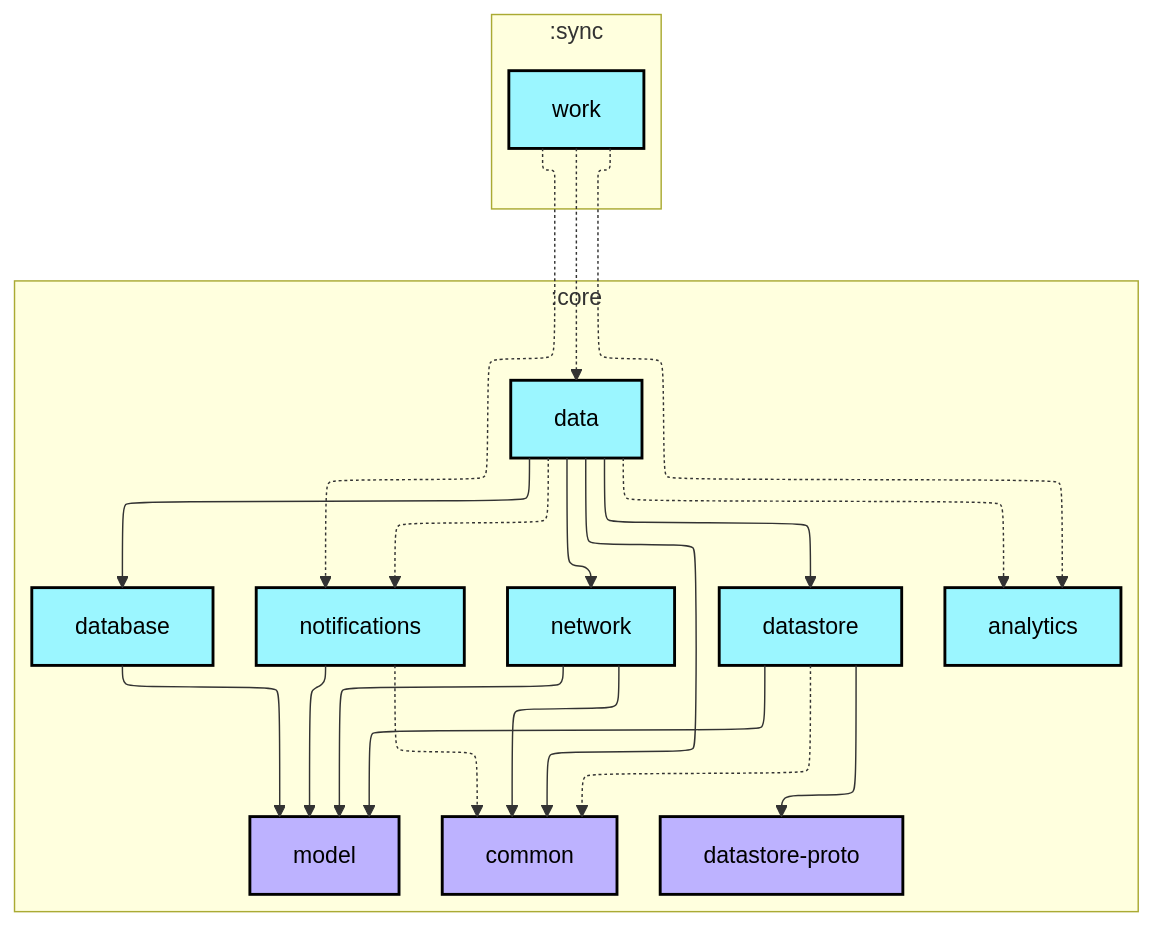
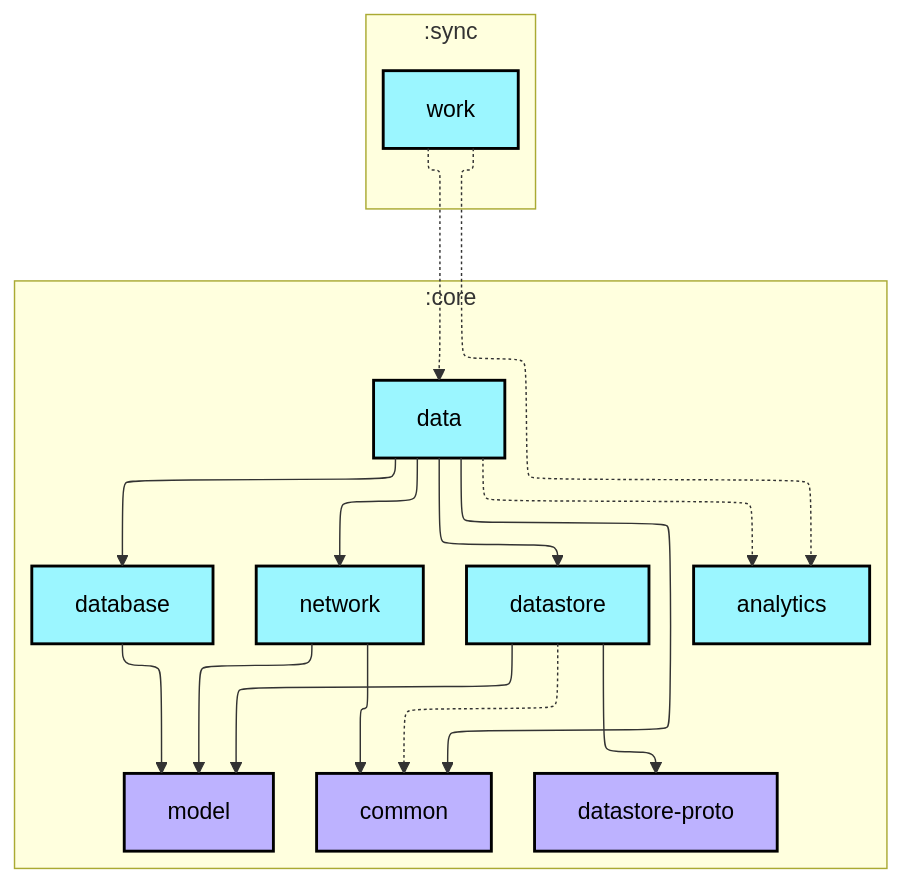
Before and after one commit to alfariesh/surau-android: the first of 2 diagrams in sync/work/README.md, drawn with Mermaid. The commit also changed 72 other files, not shown here.

First line of the commit message:
Format the codebase with spotless and regenerate module graphs (M1.5.1)

````diff
--- a/sync/work/README.md
+++ b/sync/work/README.md
@@ -6,50 +6,45 @@
 ```mermaid
 ---
 config:
   layout: elk
   elk:
     nodePlacementStrategy: SIMPLE
 ---
 graph TB
   subgraph :sync
     direction TB
     :sync:work[work]:::android-library
   end
   subgraph :core
     direction TB
     :core:analytics[analytics]:::android-library
     :core:common[common]:::jvm-library
     :core:data[data]:::android-library
     :core:database[database]:::android-library
     :core:datastore[datastore]:::android-library
     :core:datastore-proto[datastore-proto]:::jvm-library
     :core:model[model]:::jvm-library
     :core:network[network]:::android-library
-    :core:notifications[notifications]:::android-library
   end
 
   :core:data -.-> :core:analytics
   :core:data --> :core:common
   :core:data --> :core:database
   :core:data --> :core:datastore
   :core:data --> :core:network
-  :core:data -.-> :core:notifications
   :core:database --> :core:model
   :core:datastore -.-> :core:common
   :core:datastore --> :core:datastore-proto
   :core:datastore --> :core:model
   :core:network --> :core:common
   :core:network --> :core:model
-  :core:notifications -.-> :core:common
-  :core:notifications --> :core:model
   :sync:work -.-> :core:analytics
   :sync:work -.-> :core:data
-  :sync:work -.-> :core:notifications
 
 classDef android-application fill:#CAFFBF,stroke:#000,stroke-width:2px,color:#000;
 classDef android-feature fill:#FFD6A5,stroke:#000,stroke-width:2px,color:#000;
 classDef android-library fill:#9BF6FF,stroke:#000,stroke-width:2px,color:#000;
 classDef android-test fill:#A0C4FF,stroke:#000,stroke-width:2px,color:#000;
 classDef jvm-library fill:#BDB2FF,stroke:#000,stroke-width:2px,color:#000;
 classDef unknown fill:#FFADAD,stroke:#000,stroke-width:2px,color:#000;
 ```
````
